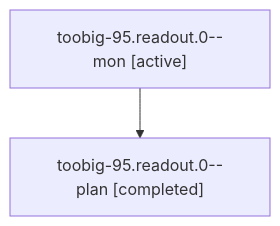
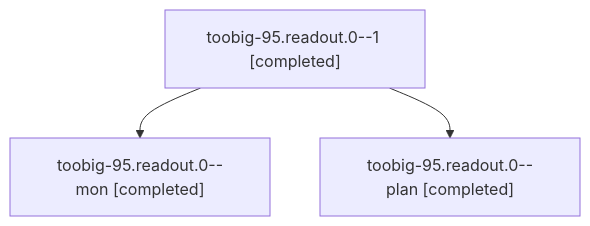
Before and after one commit to sase-org/sase--agents: the diagram in sessions/bbugyi200.athena.toobig-95.readout.0.md, drawn with Mermaid. The commit also changed other lines of this file and 36 other files, not shown here.

````diff
--- a/sessions/bbugyi200.athena.toobig-95.readout.0.md
+++ b/sessions/bbugyi200.athena.toobig-95.readout.0.md
@@ -9,6 +9,8 @@
 ```mermaid
 flowchart TD
-  n0["toobig-95.readout.0--mon [active]"]
-  n1["toobig-95.readout.0--plan [completed]"]
+  n0["toobig-95.readout.0--1 [completed]"]
+  n1["toobig-95.readout.0--mon [completed]"]
   n0 --> n1
+  n2["toobig-95.readout.0--plan [completed]"]
+  n0 --> n2
 ```
````
